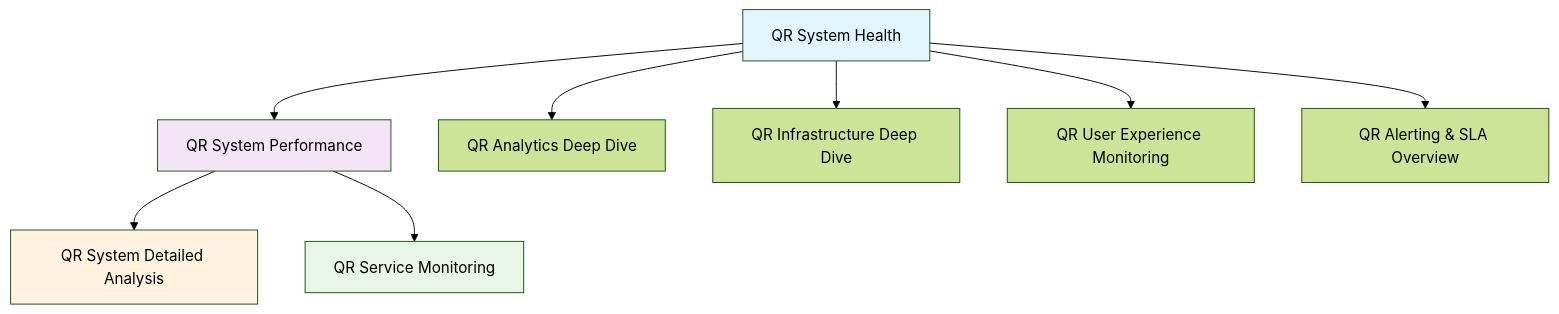
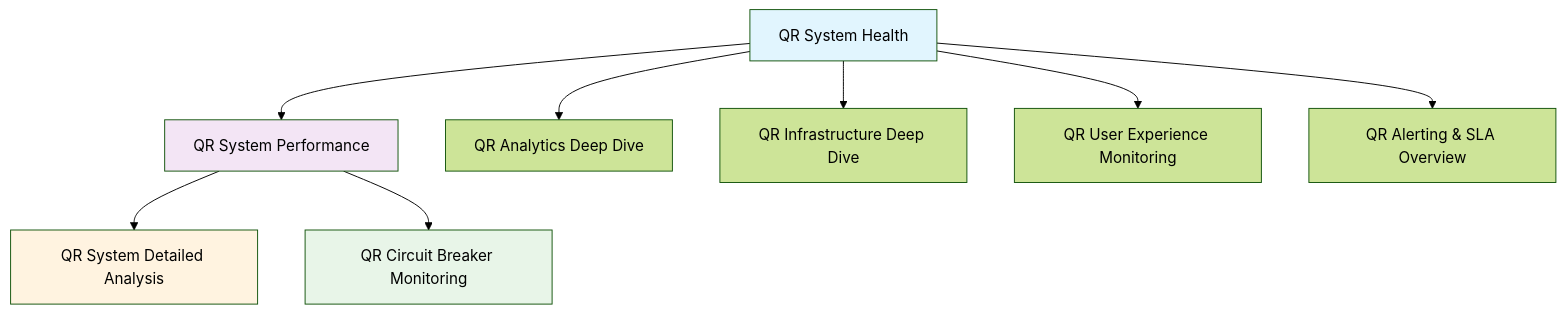
One commit to gsinghjay/mvp_qr_gen changed the fourth of 25 diagrams in GRAFANA.md. Above: the diagram before and after it, drawn with Mermaid (forest theme). The commit also changed other lines of this file, not shown here.

````diff
--- a/GRAFANA.md
+++ b/GRAFANA.md
@@ -127,17 +127,17 @@
 ```mermaid
 graph TD
     A[QR System Health] --> B[QR System Performance]
     A --> C[QR Analytics Deep Dive]
     
     B --> D[QR System Detailed Analysis]
-    B --> E[QR Service Monitoring]
+    B --> E[QR Circuit Breaker Monitoring]
     
     A --> F[QR Infrastructure Deep Dive]
     A --> G[QR User Experience Monitoring]
     A --> H[QR Alerting & SLA Overview]
     
     style A fill:#e1f5fe
     style B fill:#f3e5f5
     style D fill:#fff3e0
     style E fill:#e8f5e8
 ```
````
